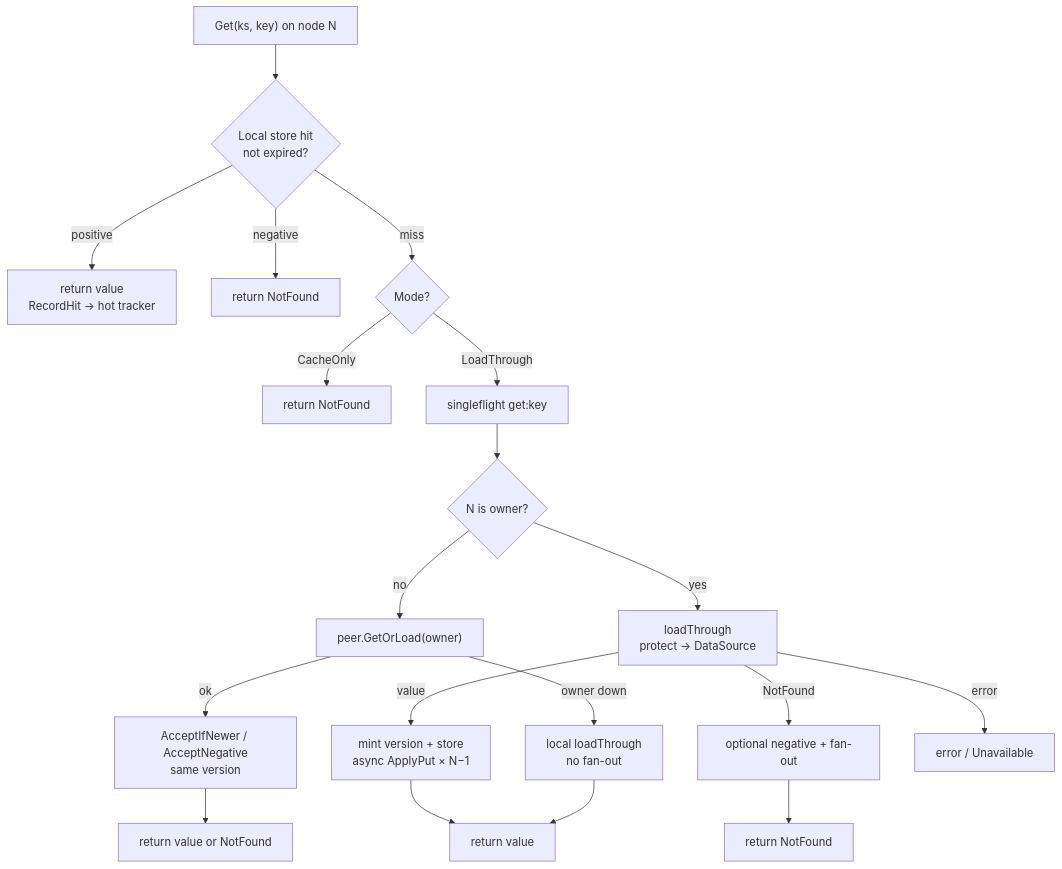
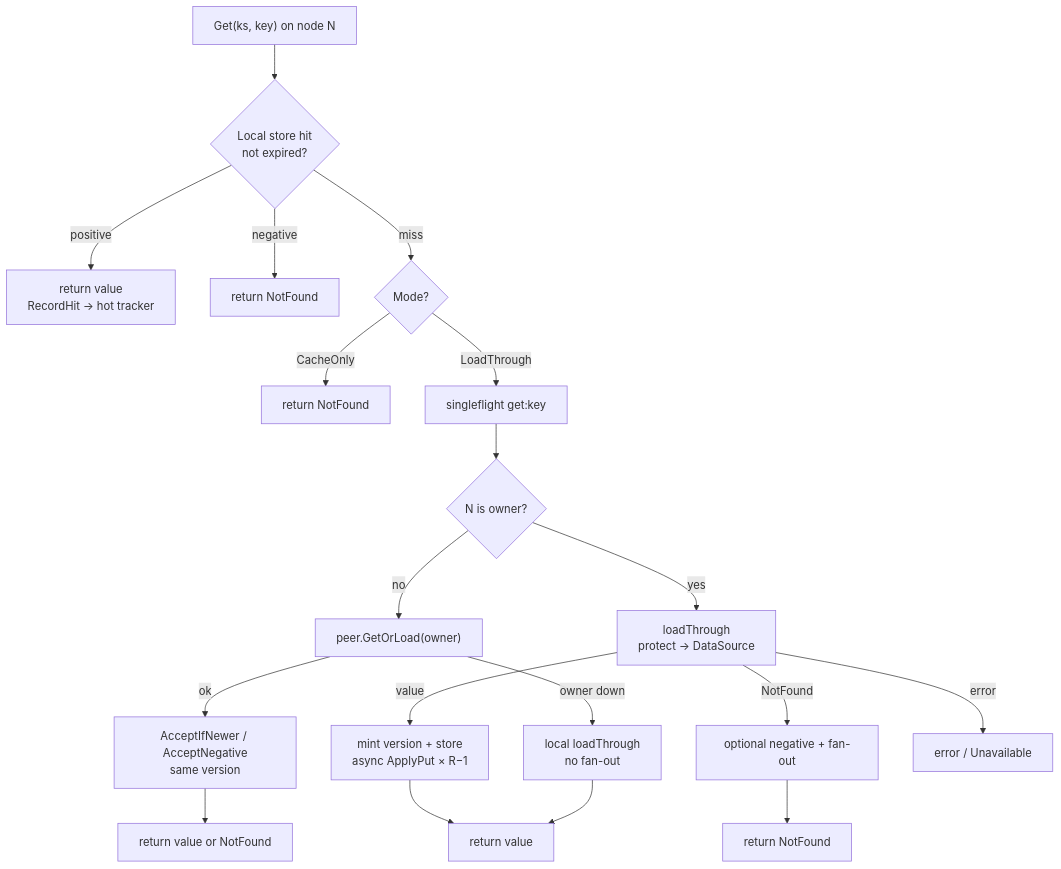
Before and after one commit to Code0987/supercache: the sixth of 18 diagrams in docs/CLUSTER_FLOWS.md, drawn with Mermaid. The commit also changed other lines of this file and 17 other files, not shown here.

````diff
--- a/docs/CLUSTER_FLOWS.md
+++ b/docs/CLUSTER_FLOWS.md
@@ -127,26 +127,26 @@
 ```mermaid
 flowchart TD
   G["Get(ks, key) on node N"] --> L{"Local store hit<br/>not expired?"}
 
   L -->|positive| HIT["return value<br/>RecordHit → hot tracker"]
   L -->|negative| NEG["return NotFound"]
   L -->|miss| M{"Mode?"}
 
   M -->|CacheOnly| CO["return NotFound"]
   M -->|LoadThrough| SF["singleflight get:key"]
 
   SF --> O{"N is owner?"}
   O -->|yes| LT["loadThrough<br/>protect → DataSource"]
   O -->|no| GOL["peer.GetOrLoad(owner)"]
 
   GOL -->|ok| INST["AcceptIfNewer / AcceptNegative<br/>same version"]
   INST --> RET["return value or NotFound"]
   GOL -->|owner down| FB["local loadThrough<br/>no fan-out"]
 
-  LT -->|value| FILL["mint version + store<br/>async ApplyPut × N−1"]
+  LT -->|value| FILL["mint version + store<br/>async ApplyPut × R−1"]
   LT -->|NotFound| NFIL["optional negative + fan-out"]
   LT -->|error| E["error / Unavailable"]
   FILL --> R2["return value"]
   NFIL --> R3["return NotFound"]
   FB --> R2
 ```
````
